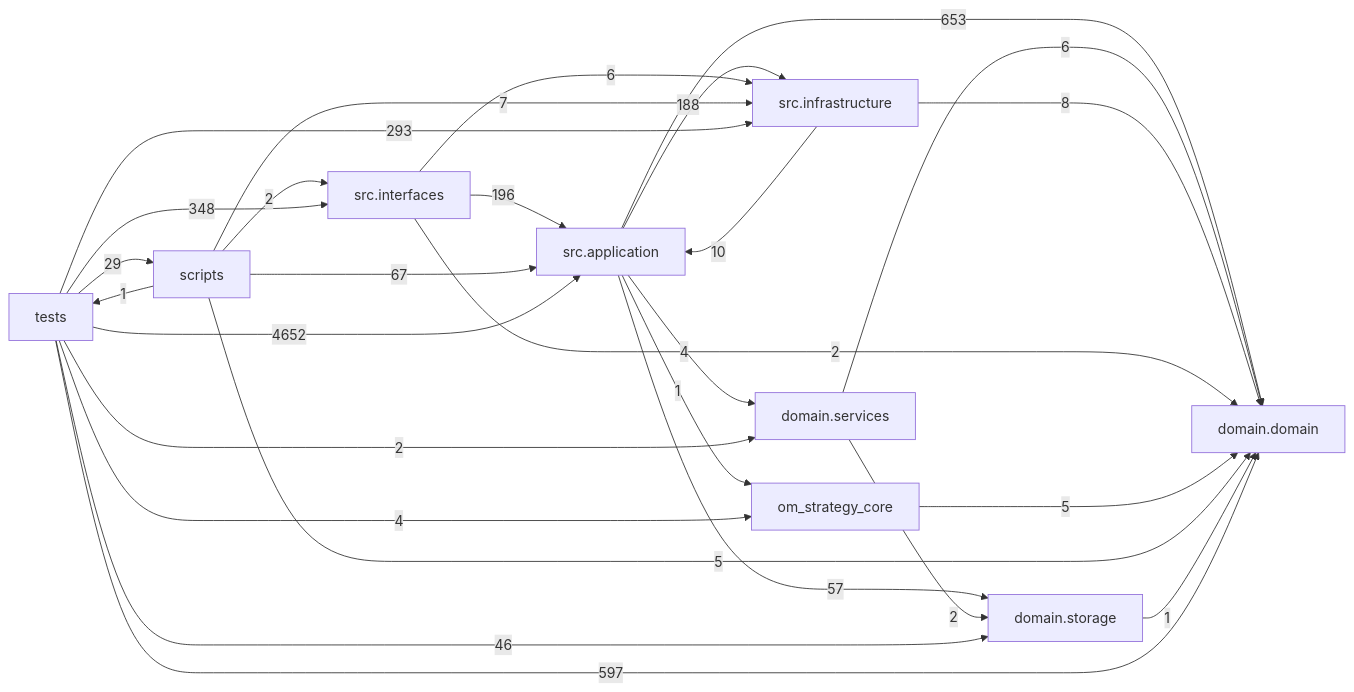
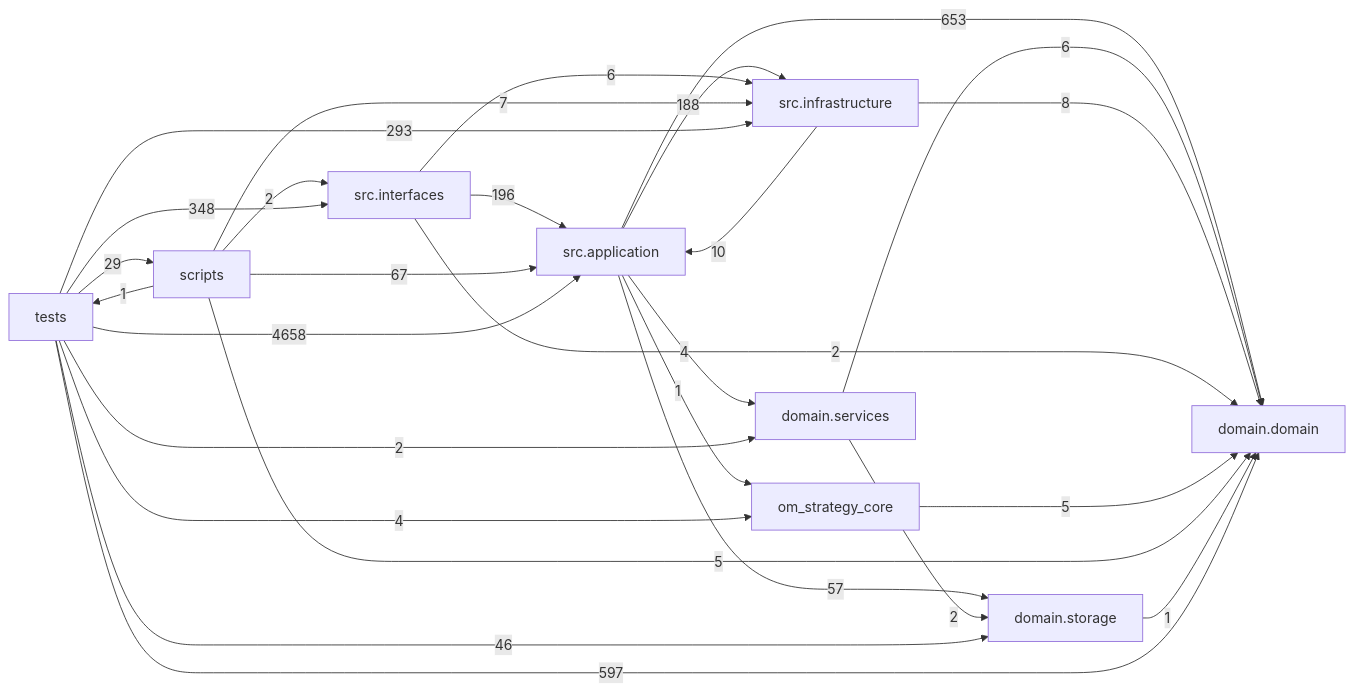
One commit to liuxie066/options-monitor changed the diagram in docs/DEPENDENCY_GRAPH.md. Above: the diagram before and after it, drawn with Mermaid. The commit also changed other lines of this file and 4 other files, not shown here.

````diff
--- a/docs/DEPENDENCY_GRAPH.md
+++ b/docs/DEPENDENCY_GRAPH.md
@@ -24,38 +24,38 @@
 ```mermaid
 flowchart LR
   tests["tests"]
   scripts["scripts"]
   interfaces["src.interfaces"]
   application["src.application"]
   infrastructure["src.infrastructure"]
   domain_services["domain.services"]
   domain["domain.domain"]
   storage["domain.storage"]
   application -->|653| domain
   application -->|4| domain_services
   application -->|188| infrastructure
   application -->|1| om_strategy_core
   application -->|57| storage
   domain_services -->|6| domain
   domain_services -->|2| storage
   infrastructure -->|10| application
   infrastructure -->|8| domain
   interfaces -->|196| application
   interfaces -->|2| domain
   interfaces -->|6| infrastructure
   om_strategy_core -->|5| domain
   scripts -->|67| application
   scripts -->|5| domain
   scripts -->|7| infrastructure
   scripts -->|2| interfaces
   scripts -->|1| tests
   storage -->|1| domain
-  tests -->|4652| application
+  tests -->|4658| application
   tests -->|597| domain
   tests -->|2| domain_services
   tests -->|293| infrastructure
   tests -->|348| interfaces
   tests -->|4| om_strategy_core
   tests -->|29| scripts
   tests -->|46| storage
 ```
````
